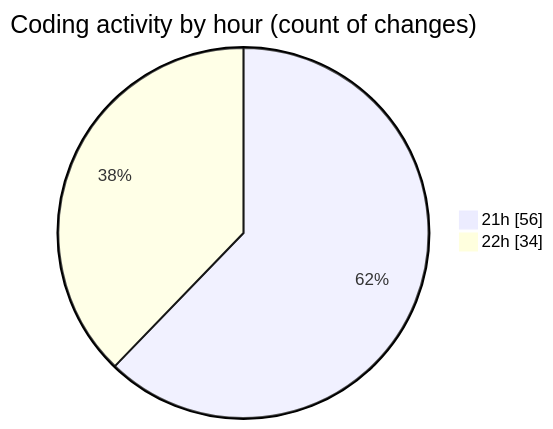
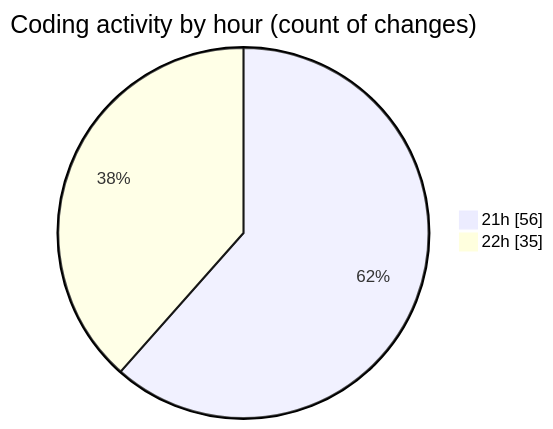
Before and after one commit to Netris89/code-tracking: the second of 2 diagrams in 2025-03-26/echo/README.md, drawn with Mermaid. The commit also changed other lines of this file and 1 other file, not shown here.

````diff
--- a/2025-03-26/echo/README.md
+++ b/2025-03-26/echo/README.md
@@ -34,6 +34,6 @@
 ```mermaid
 pie showData
 title Coding activity by hour (count of changes)
 "21h" : 56
-"22h" : 34
+"22h" : 35
 ```
````
